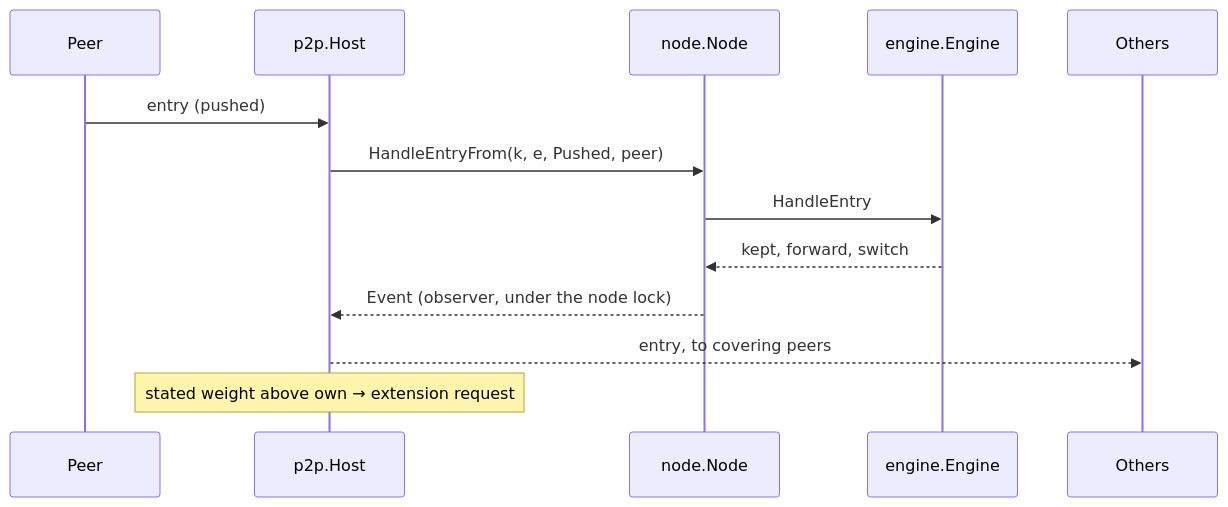
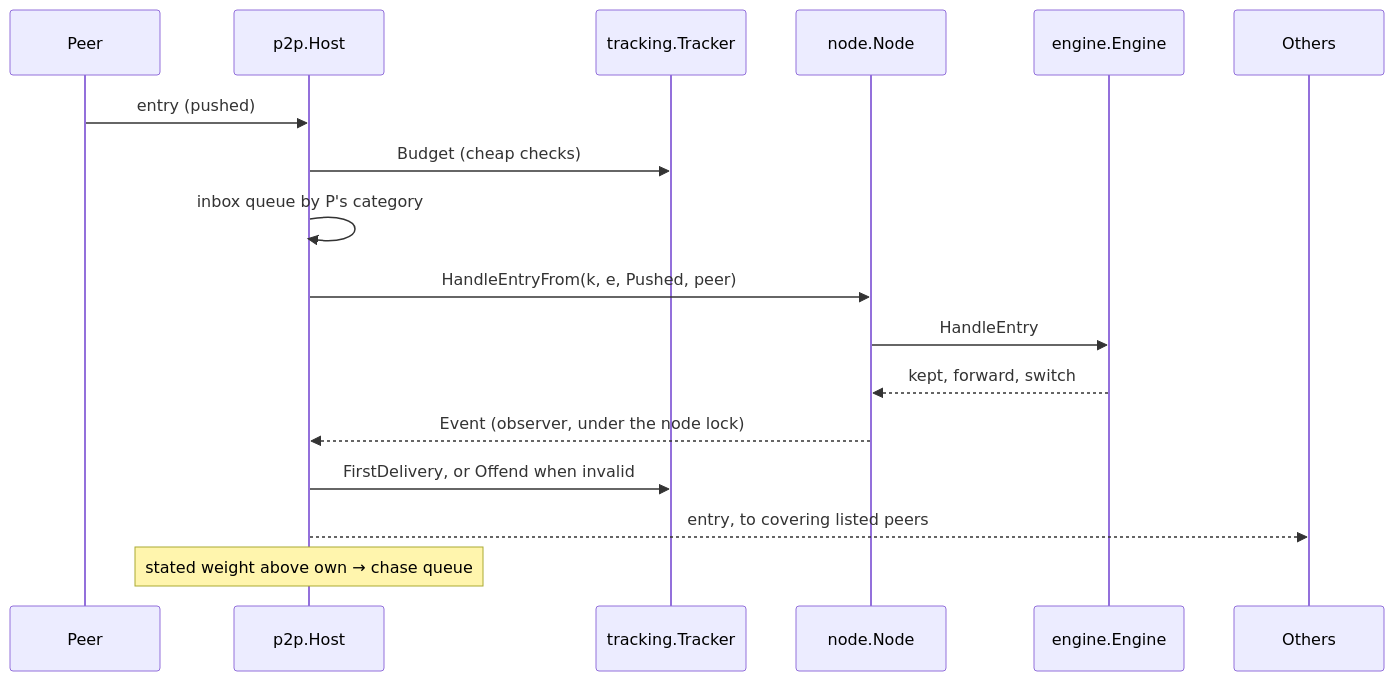
One commit to JogginTheNoggin/crypto-mint-net changed the diagram in docs/modules/p2p.md. Above: the diagram before and after it, drawn with Mermaid. The commit also changed other lines of this file and 16 other files, not shown here.

First line of the commit message:
Document milestone 5: tracking, chase, peers, p2p, decisions D50-D62

````diff
--- a/docs/modules/p2p.md
+++ b/docs/modules/p2p.md
@@ -17,14 +20,18 @@
 ```mermaid
 sequenceDiagram
   participant P as Peer
   participant H as p2p.Host
+  participant T as tracking.Tracker
   participant N as node.Node
   participant E as engine.Engine
   P->>H: entry (pushed)
+  H->>T: Budget (cheap checks)
+  H->>H: inbox queue by P's category
   H->>N: HandleEntryFrom(k, e, Pushed, peer)
   N->>E: HandleEntry
   E-->>N: kept, forward, switch
   N-->>H: Event (observer, under the node lock)
-  H-->>Others: entry, to covering peers
-  Note over H: stated weight above own → extension request
+  H->>T: FirstDelivery, or Offend when invalid
+  H-->>Others: entry, to covering listed peers
+  Note over H: stated weight above own → chase queue
 ```
````
